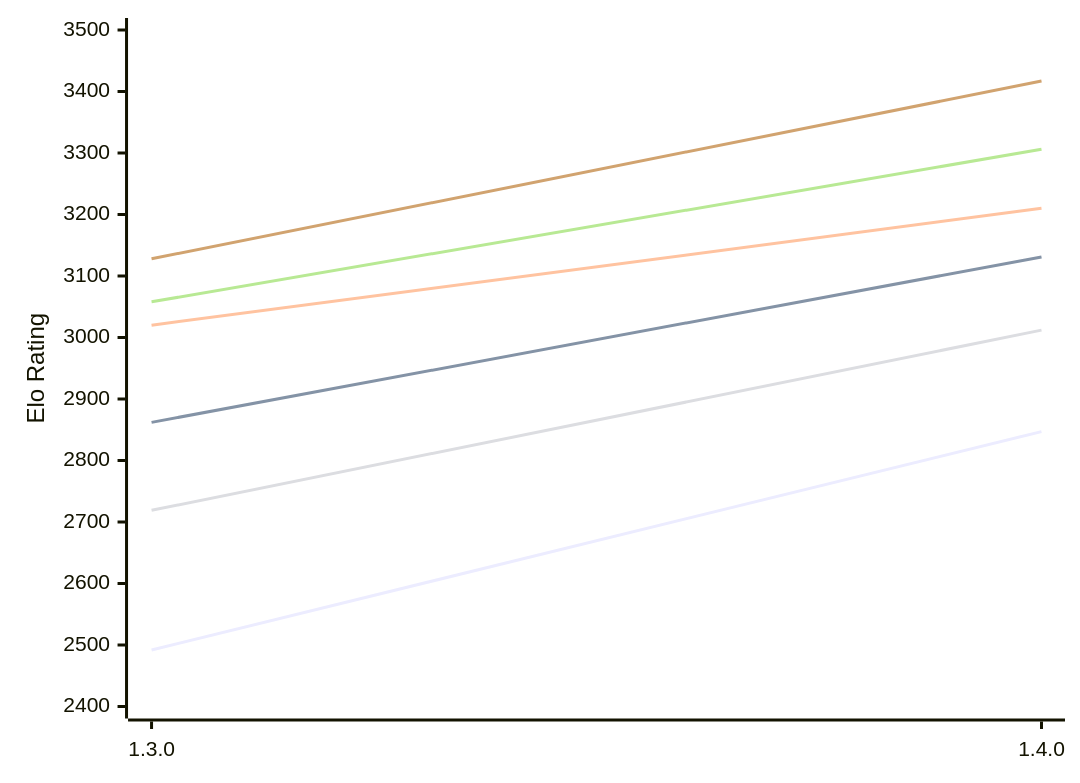
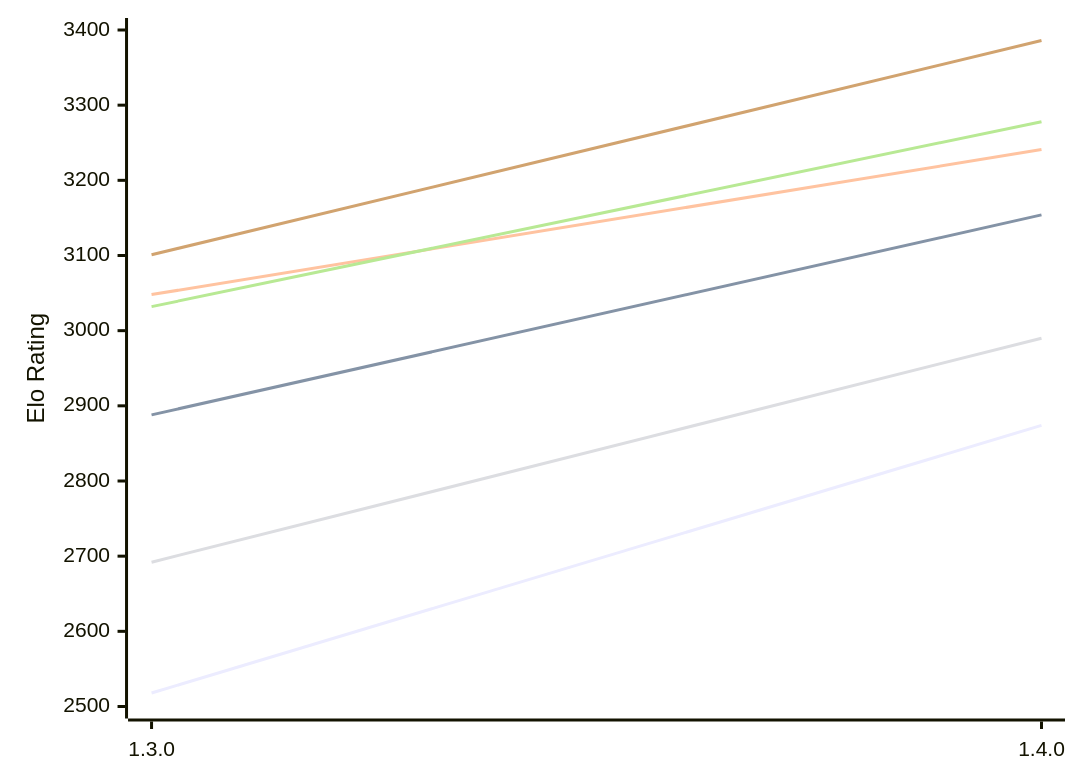
One commit to computer-chess-index/cci changed the first of 2 diagrams in engines/Ember.md. Above: the diagram before and after it, drawn with Mermaid. The commit also changed other lines of this file, not shown here.

Commit message:
Update CCI Ratings (ELO VLTC) - 2026-10-19

````diff
--- a/engines/Ember.md
+++ b/engines/Ember.md
@@ -51,12 +51,12 @@
 ```mermaid
 %%{init: {"theme":"base","themeVariables":{"seriesColors:['#a3a3a3','#222221','#faa371']}}}%%
 xychart-beta
   x-axis ["1.3.0", "1.4.0"]
-  y-axis "Elo Rating" 2400 --> 3500
-  line "E1: STC (8.0+0.08s)" [2492, 2847]
-  line "E1: LTC (60.0+0.60s)" [2862, 3131]
-  line "E1: VLTC (2m24s+1.12s)" [3020, 3210]
-  line "P1: STC (8.0+0.08s)" [2719, 3012]
-  line "P1: LTC (60.0+0.60s)" [3058, 3306]
-  line "P1: VLTC (2m24s+1.12s)" [3128, 3417]
+  y-axis "Elo Rating" 2500 --> 3400
+  line "E1: STC (8.0+0.08s)" [2518, 2874]
+  line "E1: LTC (60.0+0.60s)" [2888, 3154]
+  line "E1: VLTC (2m24s+1.12s)" [3048, 3241]
+  line "P1: STC (8.0+0.08s)" [2692, 2990]
+  line "P1: LTC (60.0+0.60s)" [3032, 3278]
+  line "P1: VLTC (2m24s+1.12s)" [3101, 3386]
 ```
````
